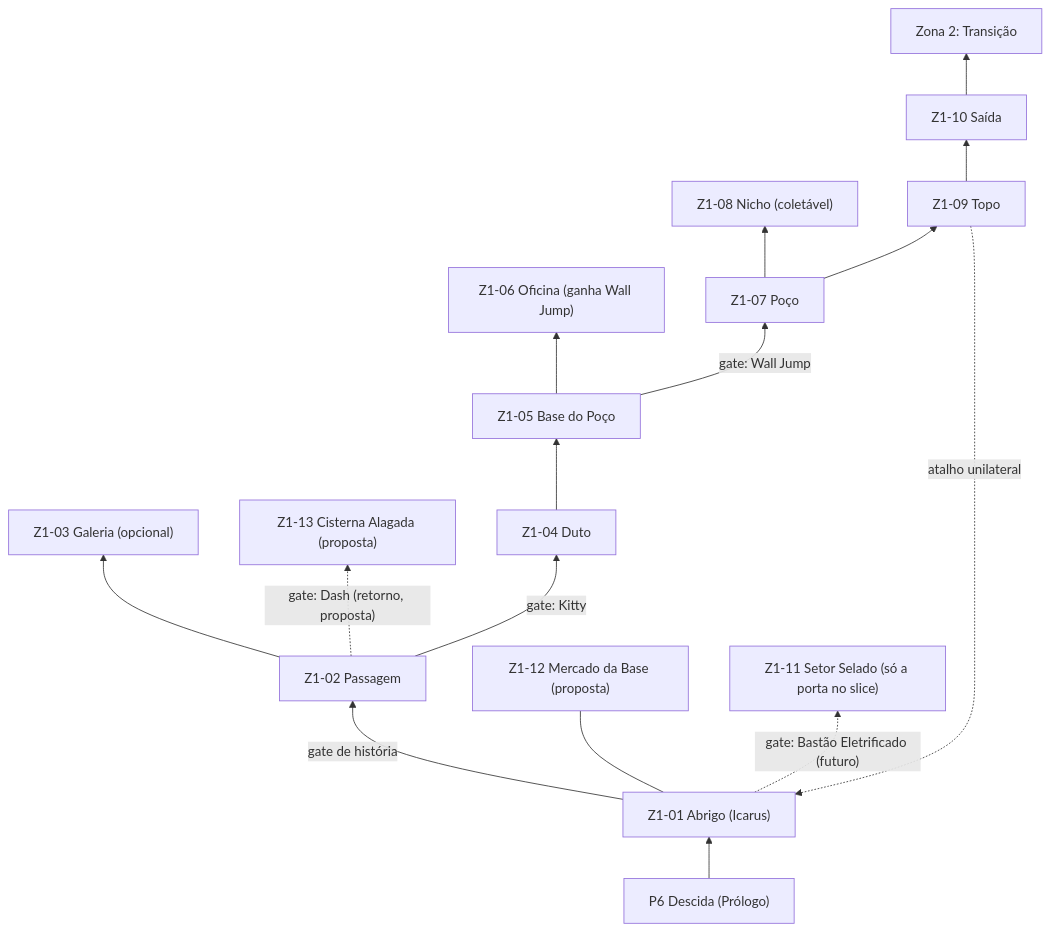
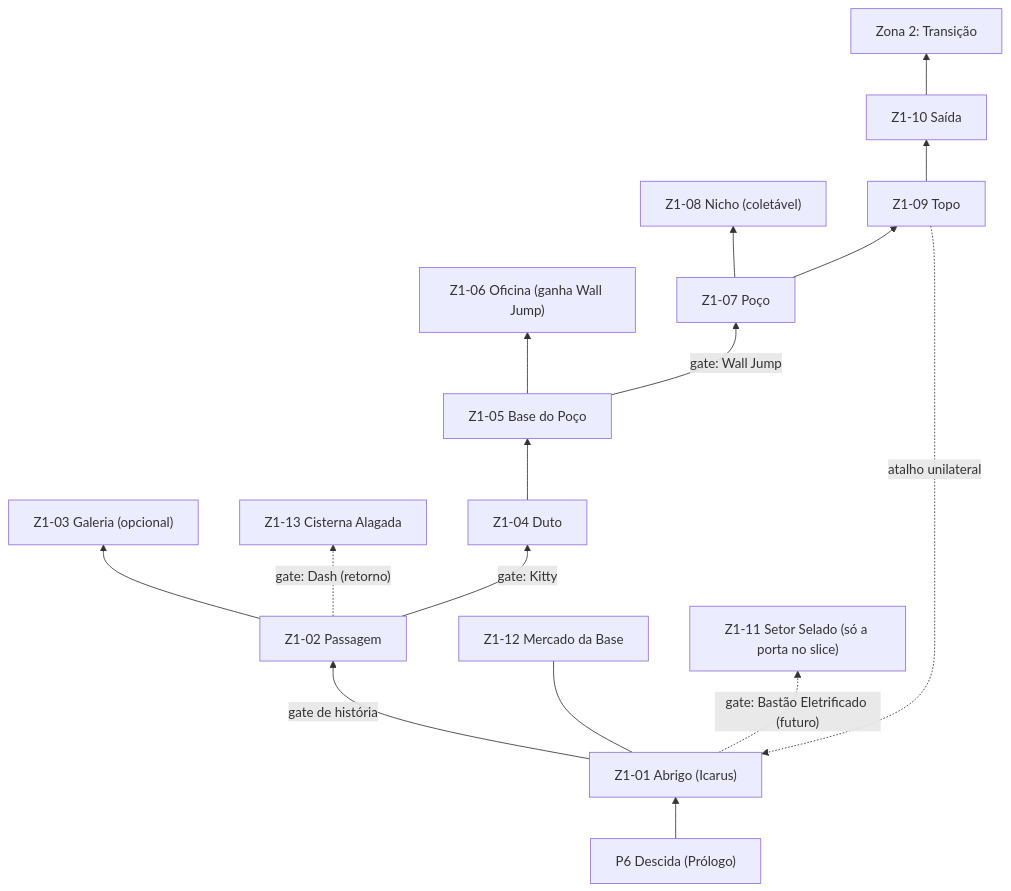
One commit to desz2000/UnderTheRain changed the third of 3 diagrams in docs/planning/gdd/gdd-Under-The-Rain-2026-11-13/level-map.md. Above: the diagram before and after it, drawn with Mermaid. The commit also changed other lines of this file and 6 other files, not shown here.

````diff
--- a/docs/planning/gdd/gdd-Under-The-Rain-2026-11-13/level-map.md
+++ b/docs/planning/gdd/gdd-Under-The-Rain-2026-11-13/level-map.md
@@ -116,18 +116,18 @@
 ```mermaid
 flowchart BT
   P6["P6 Descida (Prólogo)"] --> shelter
   shelter["Z1-01 Abrigo (Icarus)"] -->|"gate de história"| passage["Z1-02 Passagem"]
-  shelter --- market["Z1-12 Mercado da Base (proposta)"]
+  shelter --- market["Z1-12 Mercado da Base"]
   passage --> gallery["Z1-03 Galeria (opcional)"]
-  passage -. "gate: Dash (retorno, proposta)" .-> cistern["Z1-13 Cisterna Alagada (proposta)"]
+  passage -. "gate: Dash (retorno)" .-> cistern["Z1-13 Cisterna Alagada"]
   passage -->|"gate: Kitty"| duct["Z1-04 Duto"]
   duct --> base["Z1-05 Base do Poço"]
   base --> workshop["Z1-06 Oficina (ganha Wall Jump)"]
   base -->|"gate: Wall Jump"| shaft["Z1-07 Poço"]
   shaft --> alcove["Z1-08 Nicho (coletável)"]
   shaft --> top["Z1-09 Topo"]
   top -. "atalho unilateral" .-> shelter
   top --> exit["Z1-10 Saída"]
   exit --> surface["Zona 2: Transição"]
   shelter -. "gate: Bastão Eletrificado (futuro)" .-> sealed["Z1-11 Setor Selado (só a porta no slice)"]
 ```
````
